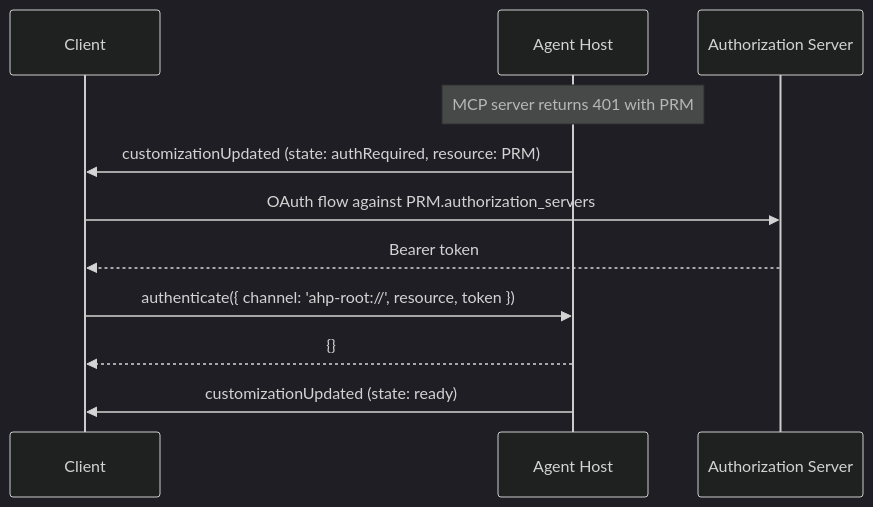
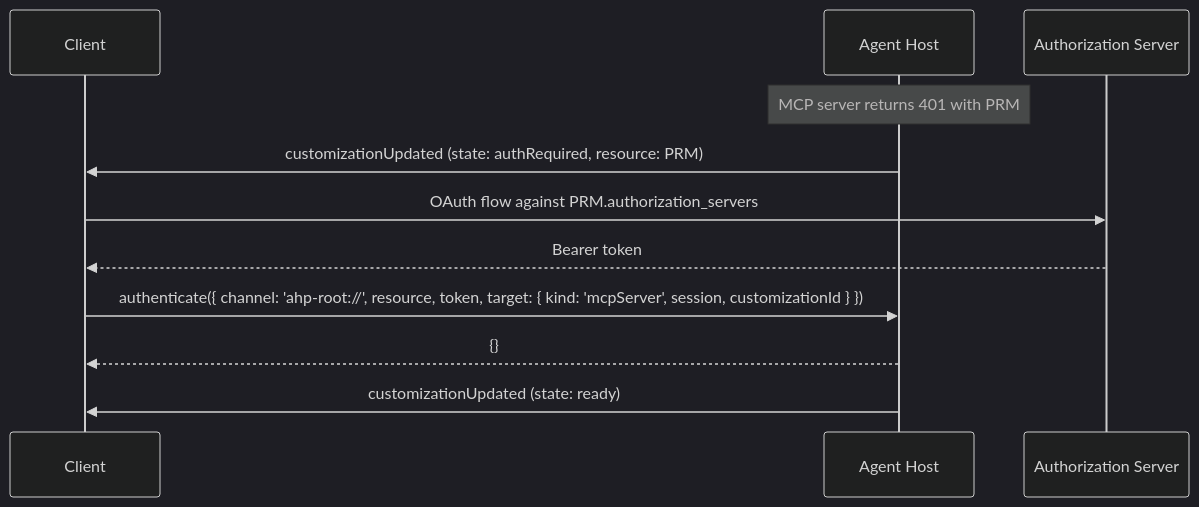
The third of 6 diagrams in docs/guide/mcp.md (microsoft/agent-host-protocol), drawn with Mermaid (dark theme) before and after one commit. The commit also changed other lines of this file and 16 other files, not shown here.

First line of the commit message:
auth: target MCP tokens by session and customization

````diff
--- a/docs/guide/mcp.md
+++ b/docs/guide/mcp.md
@@ -113,17 +113,17 @@
 ```mermaid
 sequenceDiagram
     participant Client
     participant Host as Agent Host
     participant AS as Authorization Server
 
     Note over Host: MCP server returns 401 with PRM
     Host->>Client: customizationUpdated (state: authRequired, resource: PRM)
 
     Client->>AS: OAuth flow against PRM.authorization_servers
     AS-->>Client: Bearer token
 
-    Client->>Host: authenticate({ channel: 'ahp-root://', resource, token })
+    Client->>Host: authenticate({ channel: 'ahp-root://', resource, token, target: { kind: 'mcpServer', session, customizationId } })
     Host-->>Client: {}
 
     Host->>Client: customizationUpdated (state: ready)
 ```
````
